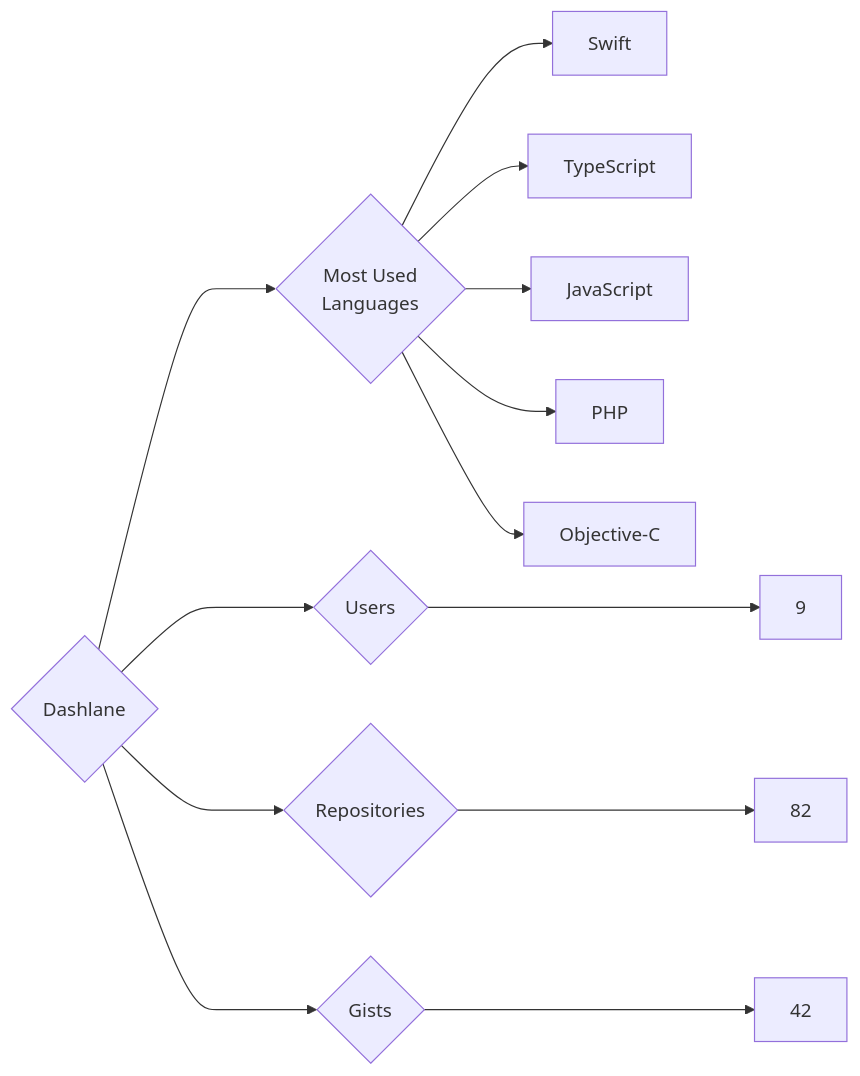
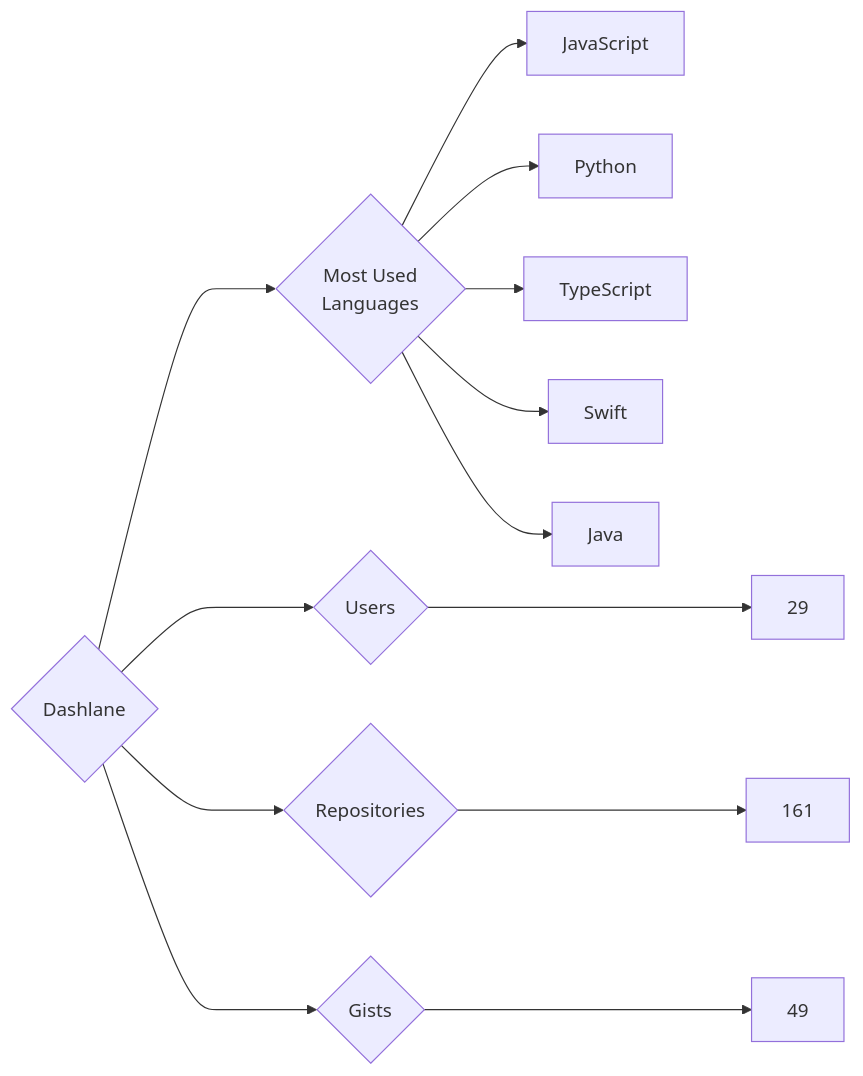
Before and after one commit to trickest/insiders: the diagram in targets/Dashlane/README.md, drawn with Mermaid. The commit also changed 736 other files, not shown here.

````diff
--- a/targets/Dashlane/README.md
+++ b/targets/Dashlane/README.md
@@ -3,13 +3,13 @@
 ```mermaid
 graph LR
 COMPANY_NAME{Dashlane}
-COMPANY_NAME ---> U{Users} ---> UN[9]
-COMPANY_NAME ---> R{Repositories} ---> RN[82]
-COMPANY_NAME ---> G{Gists} ---> GN[42]
+COMPANY_NAME ---> U{Users} ---> UN[29]
+COMPANY_NAME ---> R{Repositories} ---> RN[161]
+COMPANY_NAME ---> G{Gists} ---> GN[49]
 COMPANY_NAME ---> ML{Most Used<br>Languages}
+ML --> JavaScript[JavaScript]
+ML --> Python[Python]
+ML --> TypeScript[TypeScript]
 ML --> Swift[Swift]
-ML --> TypeScript[TypeScript]
-ML --> JavaScript[JavaScript]
-ML --> PHP[PHP]
-ML --> Objective-C[Objective-C]
+ML --> Java[Java]
 ```
````
